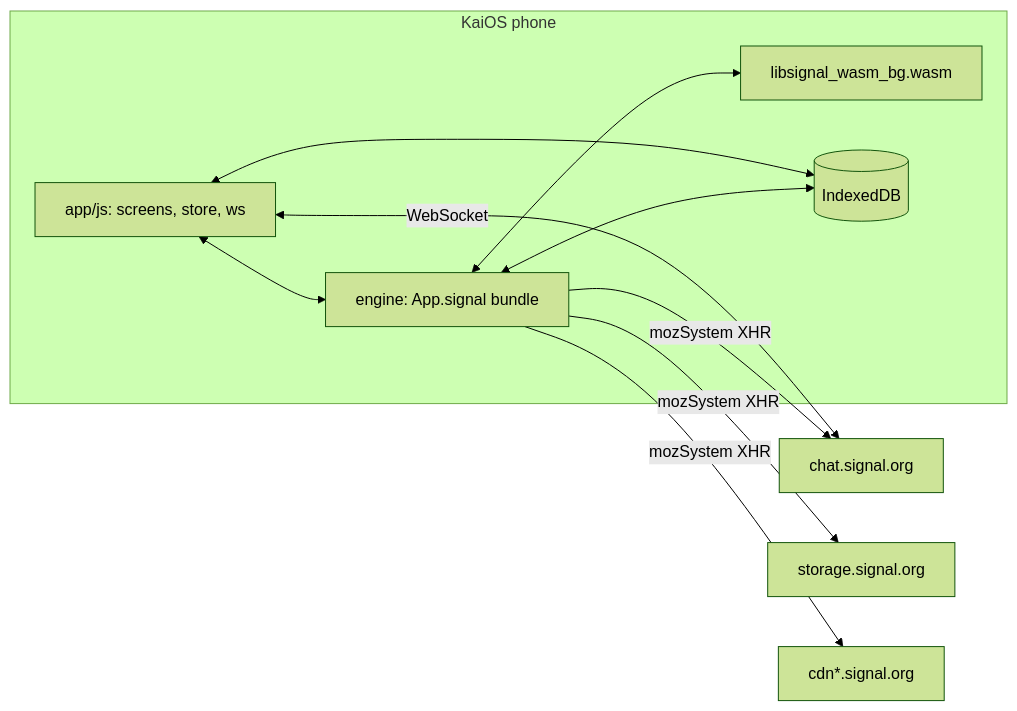
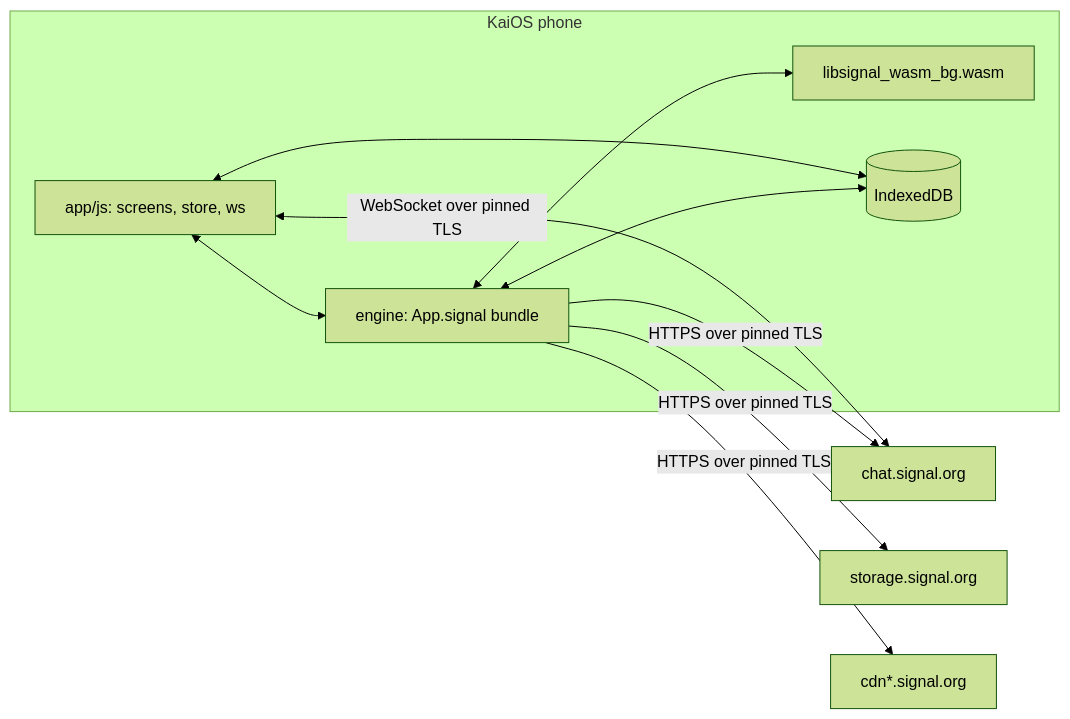
One commit to ambercaravalho/signal4kaios changed the first of 6 diagrams in docs/architecture.md. Above: the diagram before and after it, drawn with Mermaid (forest theme). The commit also changed other lines of this file and 2 other files, not shown here.

Commit message:
Document the pinned TLS network layer, the closed-app check limitation, and new build prerequisites

````diff
--- a/docs/architecture.md
+++ b/docs/architecture.md
@@ -21,20 +22,20 @@
 ```mermaid
 flowchart LR
   subgraph phone [KaiOS phone]
     ui["app/js: screens, store, ws"]
     engine["engine: App.signal bundle"]
     wasm["libsignal_wasm_bg.wasm"]
     idb[(IndexedDB)]
     ui <--> engine
     engine <--> wasm
     ui <--> idb
     engine <--> idb
   end
   chat["chat.signal.org"]
   storage["storage.signal.org"]
   cdn["cdn*.signal.org"]
-  ui <-->|WebSocket| chat
-  engine -->|"mozSystem XHR"| chat
-  engine -->|"mozSystem XHR"| storage
-  engine -->|"mozSystem XHR"| cdn
+  ui <-->|"WebSocket over pinned TLS"| chat
+  engine -->|"HTTPS over pinned TLS"| chat
+  engine -->|"HTTPS over pinned TLS"| storage
+  engine -->|"HTTPS over pinned TLS"| cdn
 ```
````
